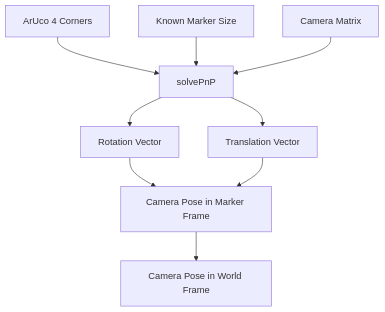
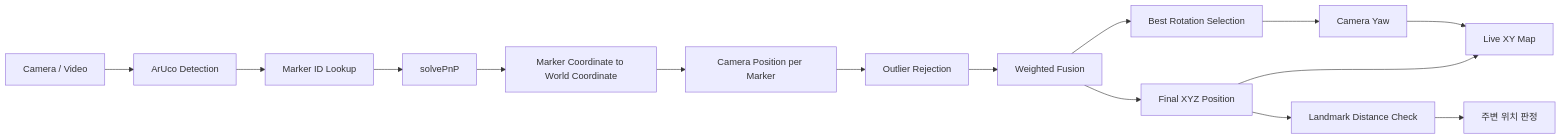
Before and after one commit to JIWOO1127/machine-vision1: the second of 9 diagrams in README.md, drawn with Mermaid. The commit also changed other lines of this file and 8 other files, not shown here.

````diff
--- a/README.md
+++ b/README.md
@@ -233,20 +133,21 @@
 ```mermaid
-flowchart TD
-    A[ArUco 4 Corners]
-    B[Known Marker Size]
-    C[Camera Matrix]
-    D[solvePnP]
-    E[Rotation Vector]
-    F[Translation Vector]
-    G[Camera Pose in Marker Frame]
-    H[Camera Pose in World Frame]
+flowchart LR
+    A[Camera / Video] --> B[ArUco Detection]
+    B --> C[Marker ID Lookup]
+    C --> D[solvePnP]
+    D --> E[Marker Coordinate to World Coordinate]
+    E --> F[Camera Position per Marker]
 
-    A --> D
-    B --> D
-    C --> D
-    D --> E
-    D --> F
-    E --> G
-    F --> G
-    G --> H
+    F --> G[Outlier Rejection]
+    G --> H[Weighted Fusion]
+    H --> I[Final XYZ Position]
+
+    H --> J[Best Rotation Selection]
+    J --> K[Camera Yaw]
+
+    I --> L[Live XY Map]
+    K --> L
+
+    I --> M[Landmark Distance Check]
+    M --> N[주변 위치 판정]
 ```
````
